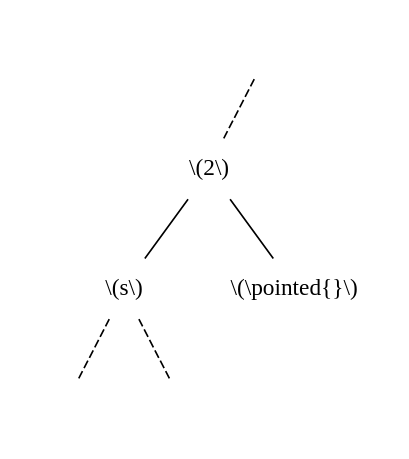
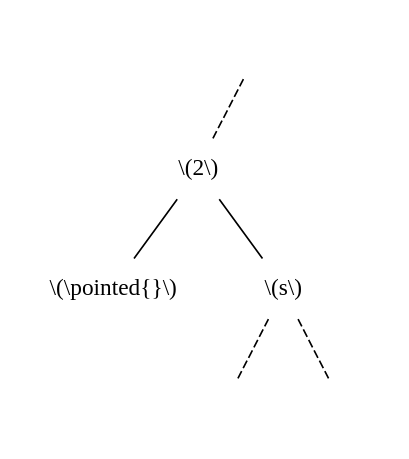
Before and after one commit to Larhard/Combinatorial-interpretations-of-holonomic-recurrences: the diagram in article/images_src/schroder/l2.dot, drawn with Graphviz. The commit also changed other lines of this file and 84 other files, not shown here.

```diff
--- a/article/images_src/schroder/l2.dot
+++ b/article/images_src/schroder/l2.dot
@@ -1,22 +1,22 @@
 graph {
 	size="4,4"
     graph [splines=false]
 	r [label="" shape=none]
 
     1 [label="\\(2\\)" shape=none]
 
+    2 [label="\\(\\pointed{}\\)" shape=none]
+
     s [label="\\(s\\)" shape=none]
     sl [label="" shape=none]
     sr [label="" shape=none]
-
-    2 [label="\\(\\pointed{}\\)" shape=none]
 
 	rr [label="" shape=none]
     r -- rr [style=invis]
 
     r -- 1 [style=dashed]
     1 -- s
     s -- sl [style=dashed]
     s -- sr [style=dashed]
     1 -- 2
 }
```
